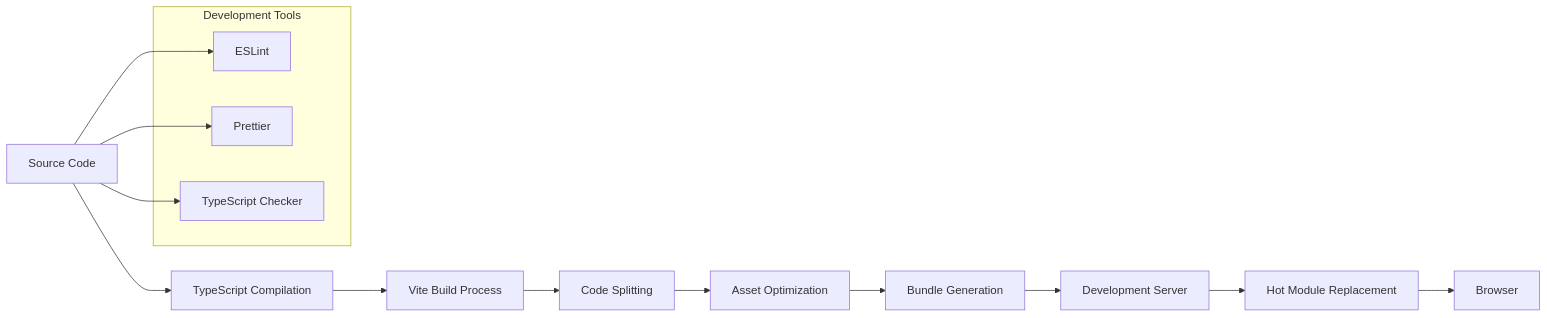
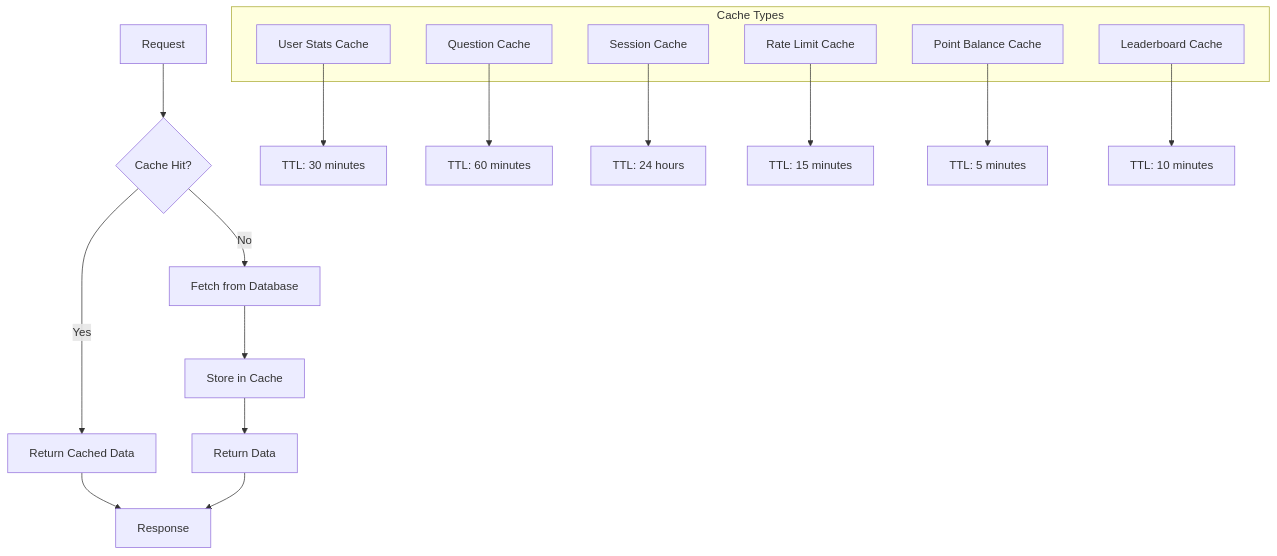
Before and after one commit to IsraelRub/EveryTriv: diagram 16 of 25 in docs/DIAGRAMS.md, drawn with Mermaid. The commit also changed other lines of this file and 597 other files, not shown here.

````diff
--- a/docs/DIAGRAMS.md
+++ b/docs/DIAGRAMS.md
@@ -366,22 +886,26 @@
 ```mermaid
-graph LR
-    A[Source Code] --> B[TypeScript Compilation]
-    B --> C[Vite Build Process]
-    C --> D[Code Splitting]
-    D --> E[Asset Optimization]
-    E --> F[Bundle Generation]
-    
-    F --> G[Development Server]
-    G --> H[Hot Module Replacement]
-    H --> I[Browser]
-    
-    subgraph "Development Tools"
-        J[ESLint]
-        K[Prettier]
-        L[TypeScript Checker]
+graph TD
+    A[Request] --> B{Cache Hit?}
+    B -->|Yes| C[Return Cached Data]
+    B -->|No| D[Fetch from Database]
+    D --> E[Store in Cache]
+    E --> F[Return Data]
+    C --> G[Response]
+    F --> G
+
+    subgraph "Cache Types"
+        H[User Stats Cache]
+        I[Question Cache]
+        J[Session Cache]
+        K[Rate Limit Cache]
+        L[Point Balance Cache]
+        M[Leaderboard Cache]
     end
-    
-    A --> J
-    A --> K
-    A --> L
+
+    H --> N[TTL: 30 minutes]
+    I --> O[TTL: 60 minutes]
+    J --> P[TTL: 24 hours]
+    K --> Q[TTL: 15 minutes]
+    L --> R[TTL: 5 minutes]
+    M --> S[TTL: 10 minutes]
 ```
````
